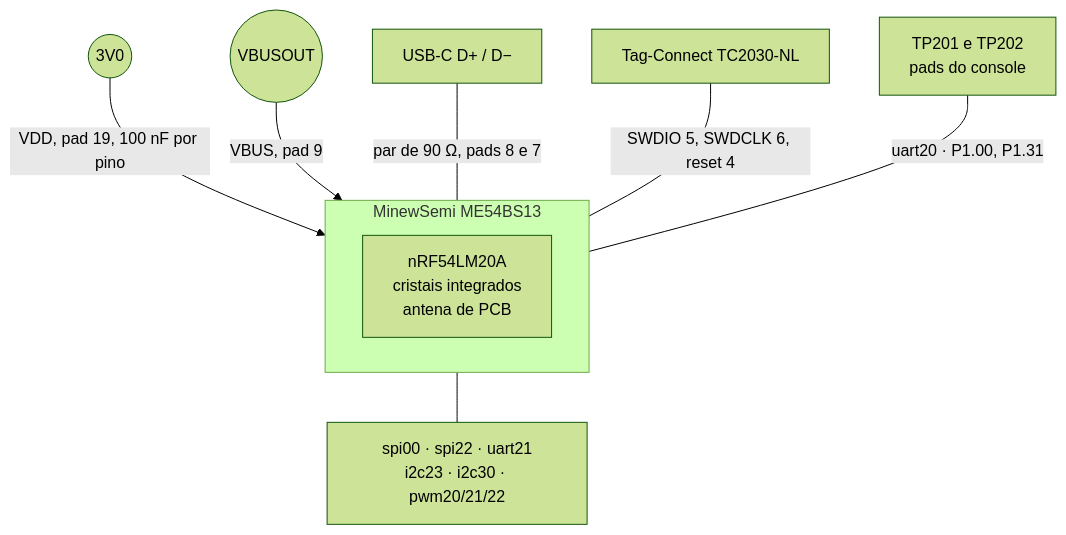
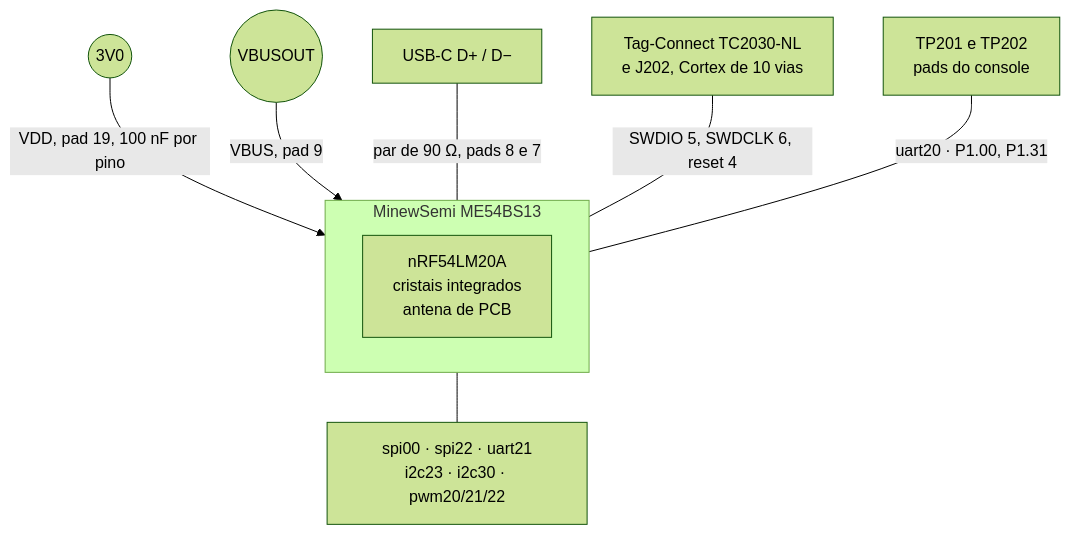
Before and after one commit to Guiimartinho/gnss-bike-computer: the second of 6 diagrams in hardware_gnssbike/01-esquematico.md, drawn with Mermaid (forest theme). The commit also changed other lines of this file and 37 other files, not shown here.

````diff
--- a/hardware_gnssbike/01-esquematico.md
+++ b/hardware_gnssbike/01-esquematico.md
@@ -186,12 +186,12 @@
 ```mermaid
 flowchart TB
     subgraph MOD["MinewSemi ME54BS13"]
         NRF["nRF54LM20A<br/>cristais integrados<br/>antena de PCB"]
     end
     R3V0(("3V0")) -->|"VDD, pad 19, 100 nF por pino"| MOD
     VOUT(("VBUSOUT")) -->|"VBUS, pad 9"| MOD
     USBD["USB-C D+ / D−"] ---|"par de 90 Ω, pads 8 e 7"| MOD
-    TC["Tag-Connect TC2030-NL"] ---|"SWDIO 5, SWDCLK 6, reset 4"| MOD
+    TC["Tag-Connect TC2030-NL<br/>e J202, Cortex de 10 vias"] ---|"SWDIO 5, SWDCLK 6, reset 4"| MOD
     TP["TP201 e TP202<br/>pads do console"] ---|"uart20 · P1.00, P1.31"| MOD
     MOD --- BUSES["spi00 · spi22 · uart21<br/>i2c23 · i2c30 · pwm20/21/22"]
 ```
````
